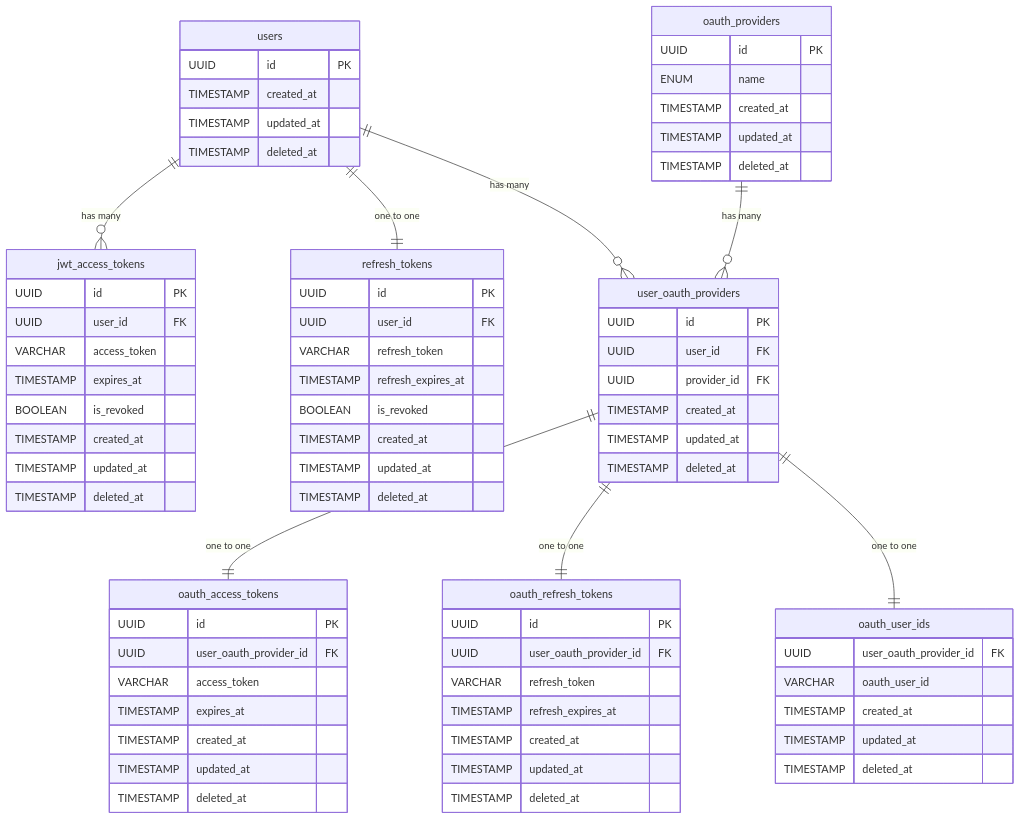
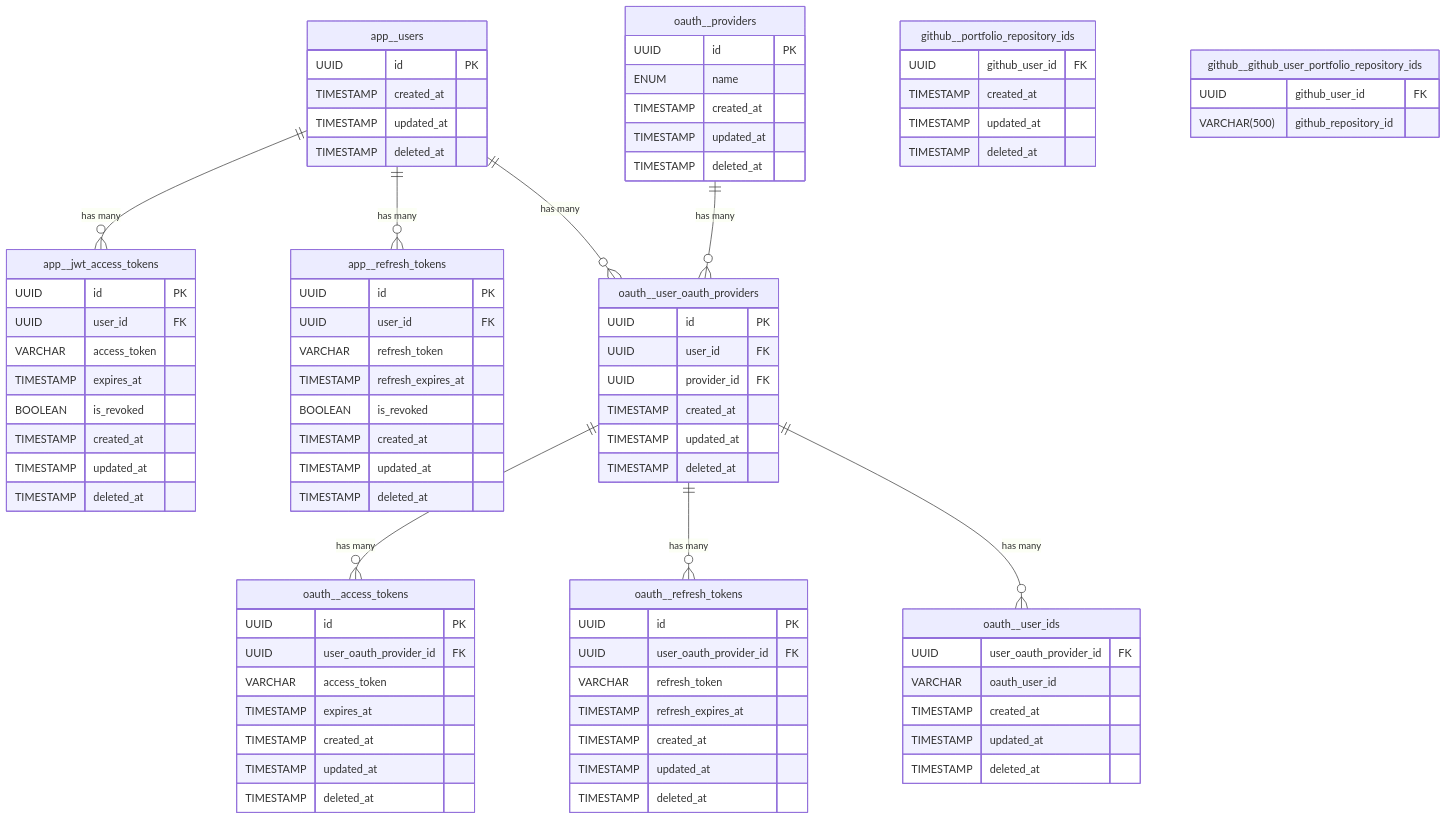
One commit to sg3t41/ses-ex changed the diagram in docs/基本設計/データベース設計.md. Above: the diagram before and after it, drawn with Mermaid.

````diff
--- a/docs/基本設計/データベース設計.md
+++ b/docs/基本設計/データベース設計.md
@@ -4,14 +4,15 @@
 
 erDiagram
 
-    users {
+    %% App schema tables
+    app__users {
         UUID id PK
         TIMESTAMP created_at
         TIMESTAMP updated_at
         TIMESTAMP deleted_at
     }
 
-    jwt_access_tokens {
+    app__jwt_access_tokens {
         UUID id PK
         UUID user_id FK
         VARCHAR access_token
@@ -22,7 +23,7 @@
         TIMESTAMP deleted_at
     }
 
-    refresh_tokens {
+    app__refresh_tokens {
         UUID id PK
         UUID user_id FK
         VARCHAR refresh_token
@@ -33,7 +34,8 @@
         TIMESTAMP deleted_at
     }
 
-    oauth_providers {
+    %% OAuth schema tables
+    oauth__providers {
         UUID id PK
         ENUM name
         TIMESTAMP created_at
@@ -41,7 +43,7 @@
         TIMESTAMP deleted_at
     }
 
-    oauth_access_tokens {
+    oauth__access_tokens {
         UUID id PK
         UUID user_oauth_provider_id FK
         VARCHAR access_token
@@ -51,7 +53,7 @@
         TIMESTAMP deleted_at
     }
 
-    oauth_refresh_tokens {
+    oauth__refresh_tokens {
         UUID id PK
         UUID user_oauth_provider_id FK
         VARCHAR refresh_token
@@ -61,7 +63,7 @@
         TIMESTAMP deleted_at
     }
 
-    oauth_user_ids {
+    oauth__user_ids {
         UUID user_oauth_provider_id FK
         VARCHAR oauth_user_id
         TIMESTAMP created_at
@@ -69,7 +71,7 @@
         TIMESTAMP deleted_at
     }
 
-    user_oauth_providers {
+    oauth__user_oauth_providers {
         UUID id PK
         UUID user_id FK
         UUID provider_id FK
@@ -78,14 +80,26 @@
         TIMESTAMP deleted_at
     }
 
+    github__portfolio_repository_ids {
+        UUID github_user_id FK
+        TIMESTAMP created_at
+        TIMESTAMP updated_at
+        TIMESTAMP deleted_at
+    }
+
+    github__github_user_portfolio_repository_ids {
+        UUID github_user_id FK
+        VARCHAR(500) github_repository_id
+    }
+
     %% Relationships
-    users ||--o{ jwt_access_tokens : "has many"
-    users ||--|| refresh_tokens : "one to one"
-    users ||--o{ user_oauth_providers : "has many"
-    oauth_providers ||--o{ user_oauth_providers : "has many"
-    user_oauth_providers ||--|| oauth_access_tokens : "one to one"
-    user_oauth_providers ||--|| oauth_refresh_tokens : "one to one"
-    user_oauth_providers ||--|| oauth_user_ids : "one to one"
+    app__users ||--o{ app__jwt_access_tokens : "has many"
+    app__users ||--o{ app__refresh_tokens : "has many"
+    app__users ||--o{ oauth__user_oauth_providers : "has many"
+    oauth__providers ||--o{ oauth__user_oauth_providers : "has many"
+    oauth__user_oauth_providers ||--o{ oauth__access_tokens : "has many"
+    oauth__user_oauth_providers ||--o{ oauth__refresh_tokens : "has many"
+    oauth__user_oauth_providers ||--o{ oauth__user_ids : "has many"
 
 
 ```
````
